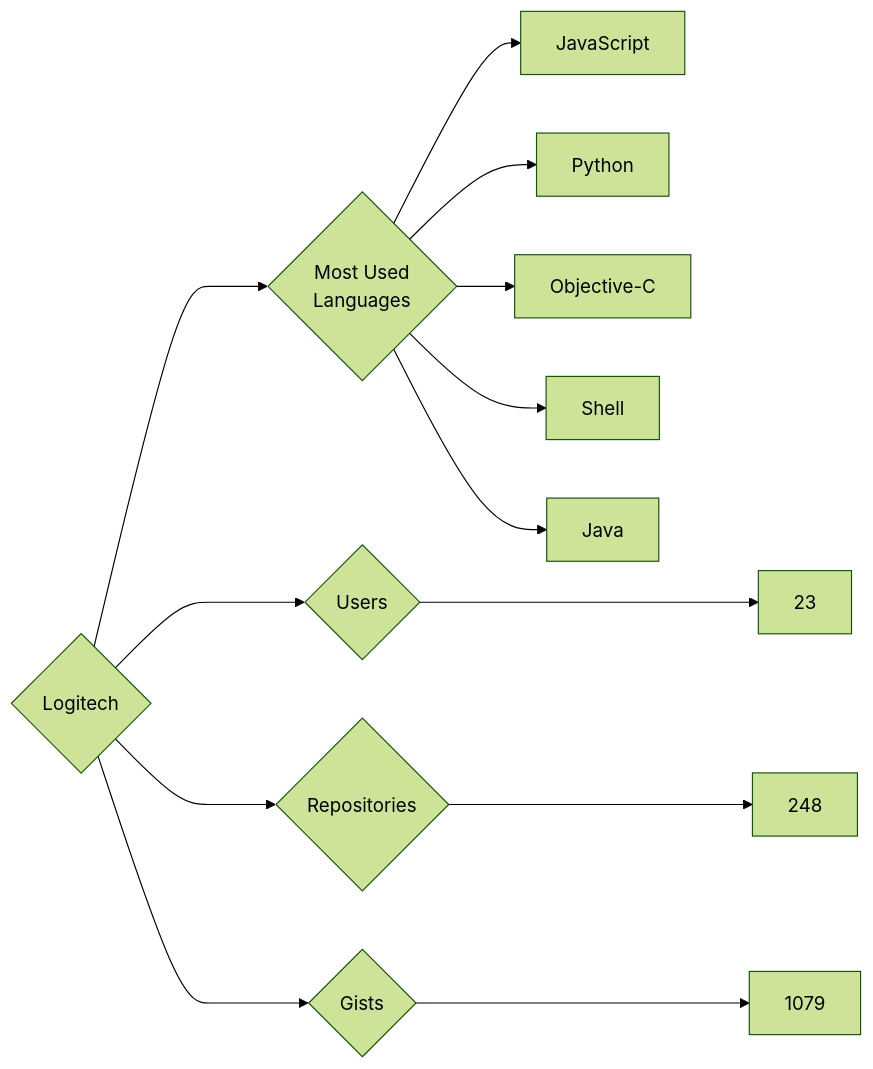
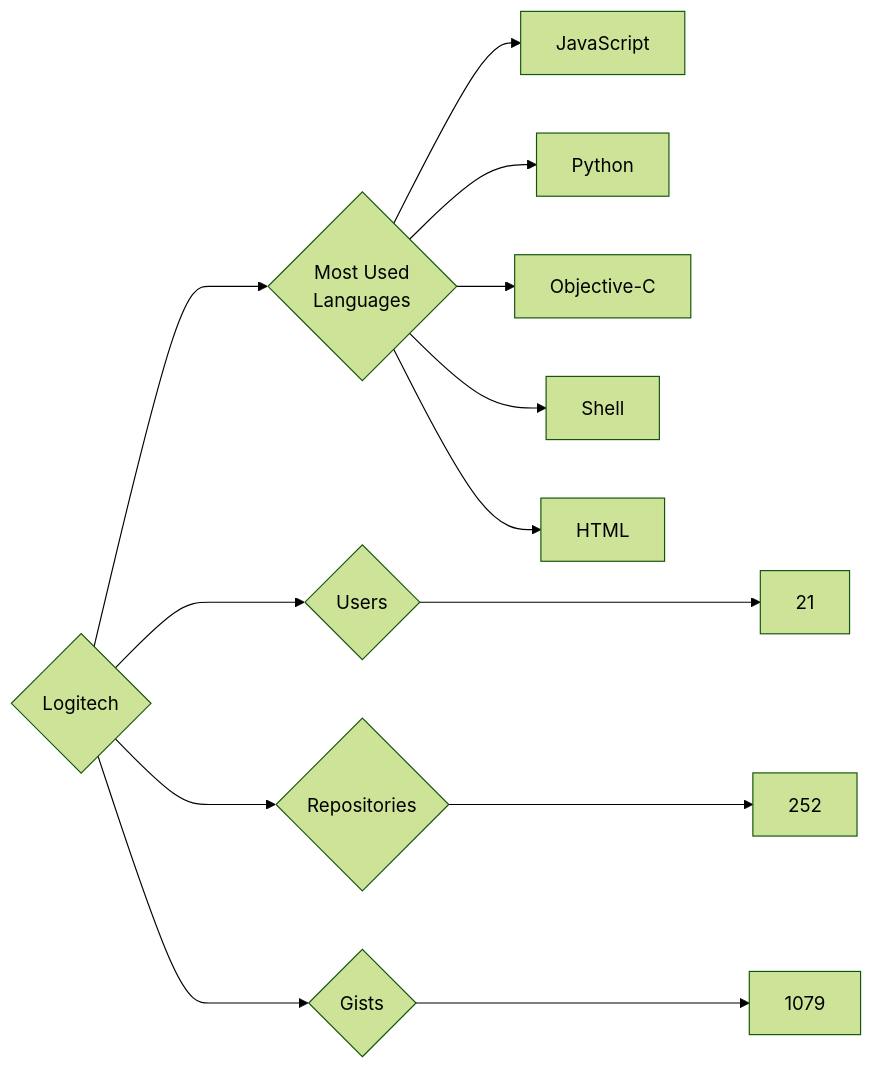
The diagram in targets/Logitech/README.md (trickest/insiders), drawn with Mermaid (forest theme) before and after one commit. The commit also changed 882 other files, not shown here.

````diff
--- a/targets/Logitech/README.md
+++ b/targets/Logitech/README.md
@@ -3,13 +3,13 @@
 ```mermaid
 graph LR
 COMPANY_NAME{Logitech}
-COMPANY_NAME ---> U{Users} ---> UN[23]
-COMPANY_NAME ---> R{Repositories} ---> RN[248]
+COMPANY_NAME ---> U{Users} ---> UN[21]
+COMPANY_NAME ---> R{Repositories} ---> RN[252]
 COMPANY_NAME ---> G{Gists} ---> GN[1079]
 COMPANY_NAME ---> ML{Most Used<br>Languages}
 ML --> JavaScript[JavaScript]
 ML --> Python[Python]
 ML --> Objective-C[Objective-C]
 ML --> Shell[Shell]
-ML --> Java[Java]
+ML --> HTML[HTML]
 ```
````
